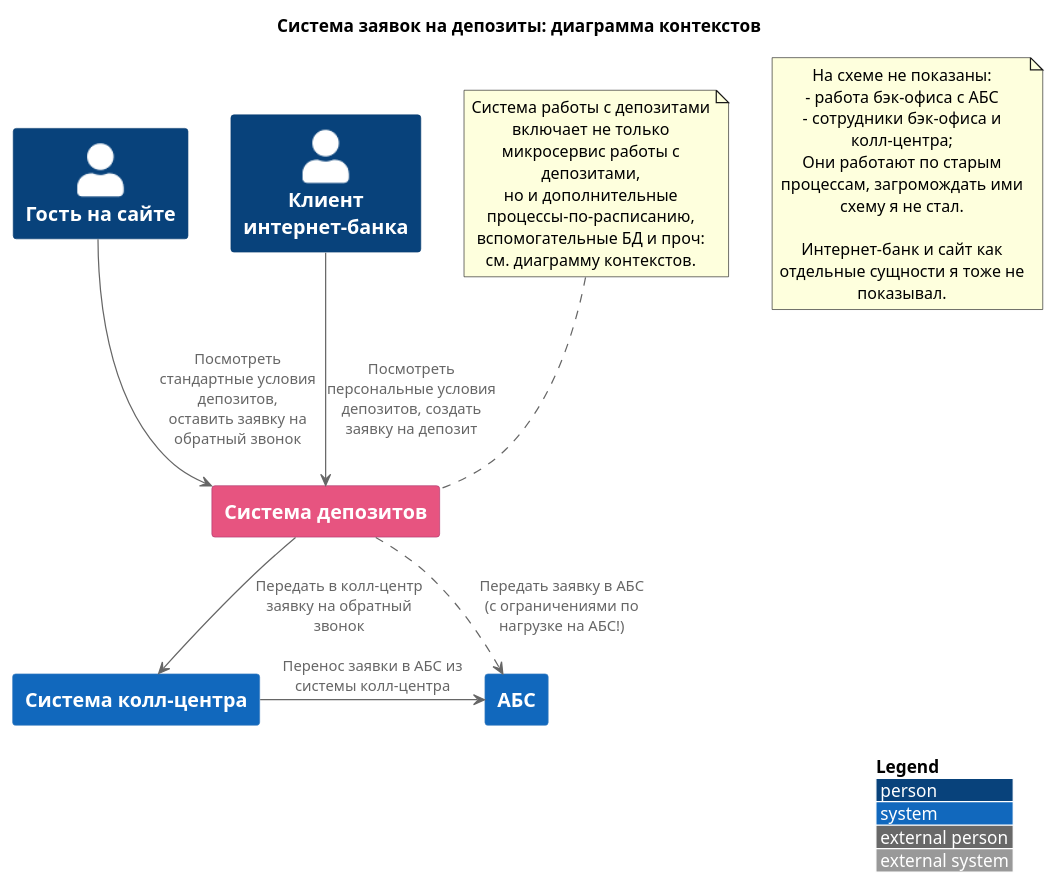
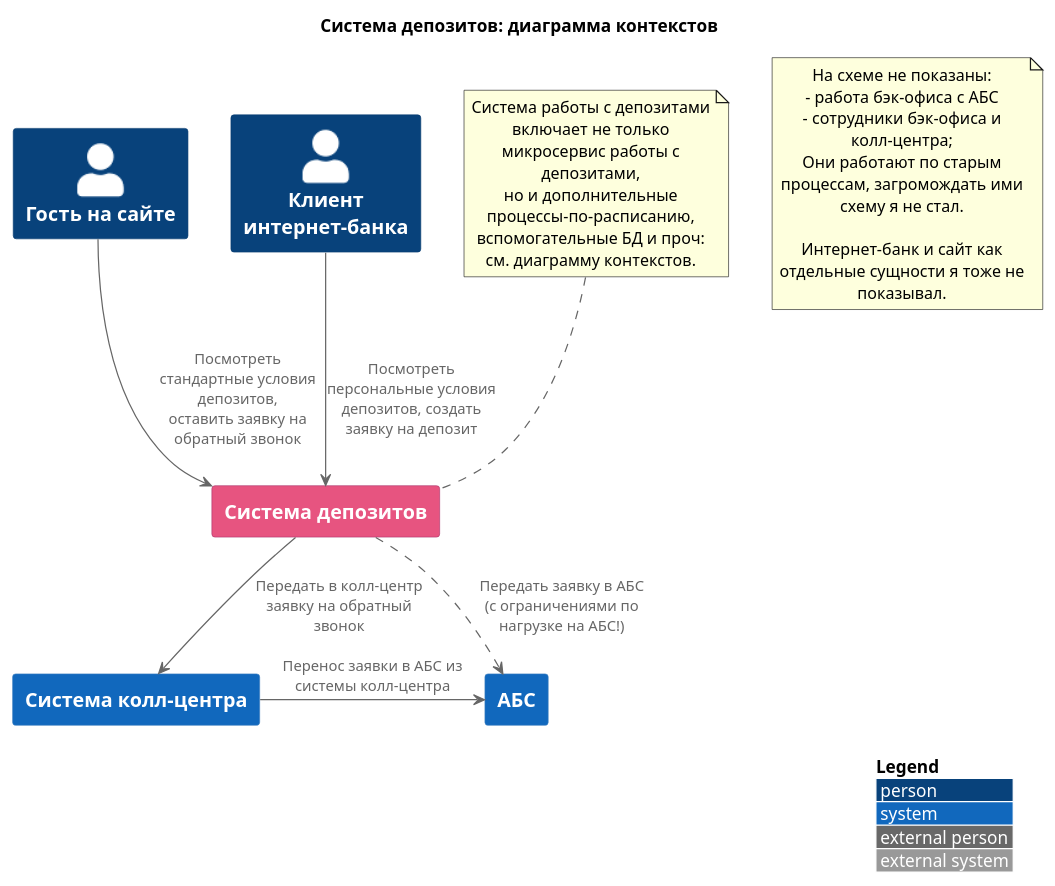
The diagram in Task3/context.puml (Felix-neko/architecture-pro-standart), drawn with PlantUML before and after one commit. The commit also changed 13 other files, not shown here.

```diff
--- a/Task3/context.puml
+++ b/Task3/context.puml
@@ -1,49 +1,49 @@
 @startuml
 '!include ../../../../C4-PlantUML/C4_Context.puml
 !include https://raw.githubusercontent.com/plantuml-stdlib/C4-PlantUML/master/C4_Context.puml
 !pragma layout smetana true
 top to bottom direction
 
-title Система заявок на депозиты: диаграмма контекстов
+title Система депозитов: диаграмма контекстов
 
 AddElementTag("new-component", $bgColor="#e75480", $borderColor="#AA336A", $fontColor="white", $legendText="Новые компоненты")
 
 LAYOUT_TOP_DOWN()
 'LAYOUT_AS_SKETCH()
 LAYOUT_WITH_LEGEND()
 
 ' Пользователи
 Person(guest, "Гость на сайте")
 Person(client, "Клиент интернет-банка")
 
 ' Основные системы
 
 System(deposit_system, "Система депозитов", $tags="new-component")
 guest --> deposit_system: Посмотреть стандартные условия депозитов,\nоставить заявку на обратный звонок
 client --> deposit_system: Посмотреть персональные условия депозитов, создать заявку на депозит
 
 System(abs, "АБС")
 deposit_system ..> abs: Передать заявку в АБС\n(с ограничениями по нагрузке на АБС!)
 
 System(call_center_system, "Система колл-центра")
 deposit_system --> call_center_system: Передать в колл-центр заявку на обратный звонок
 call_center_system -> abs: Перенос заявки в АБС из системы колл-центра
 
 note as deposit_system_note
   Система работы с депозитами включает не только микросервис работы с депозитами,
   но и дополнительные процессы-по-расписанию, вспомогательные БД и проч: см. диаграмму контекстов.
 end note
 
 note as global_note
   На схеме не показаны:
   - работа бэк-офиса с АБС
   - сотрудники бэк-офиса и колл-центра;
   Они работают по старым процессам, загромождать ими схему я не стал.
 
   Интернет-банк и сайт как отдельные сущности я тоже не показывал.
 end note
 
 deposit_system_note .. deposit_system
 
 
 @enduml
```
